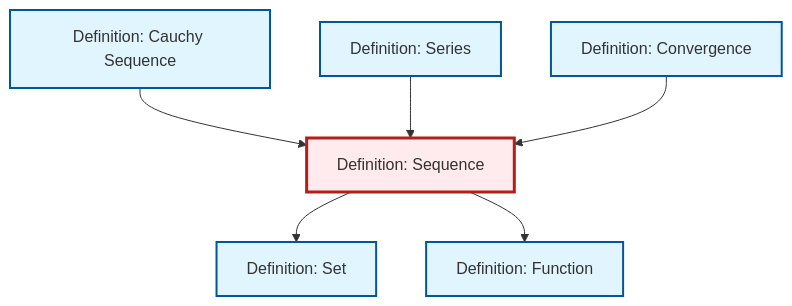
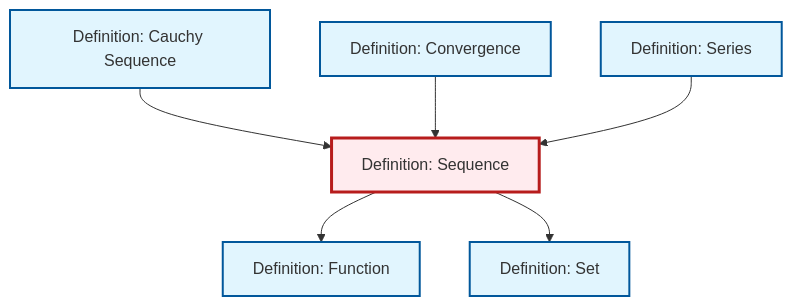
One commit to RK0429/ModernMath changed the diagram in content/ja/analysis/def-sequence.qmd. Above: the diagram before and after it, drawn with Mermaid. The commit also changed other lines of this file and 581 other files, not shown here.

````diff
--- a/content/ja/analysis/def-sequence.qmd
+++ b/content/ja/analysis/def-sequence.qmd
@@ -77,26 +77,26 @@
 ```{mermaid}
 %%| fig-cap: "Local dependency graph"
 graph TD
     classDef definition fill:#e1f5fe,stroke:#01579b,stroke-width:2px
     classDef theorem fill:#f3e5f5,stroke:#4a148c,stroke-width:2px
     classDef axiom fill:#fff3e0,stroke:#e65100,stroke-width:2px
     classDef example fill:#e8f5e9,stroke:#1b5e20,stroke-width:2px
     classDef current fill:#ffebee,stroke:#b71c1c,stroke-width:3px
+    def-function["Definition: Function"]:::definition
+    def-convergence["Definition: Convergence"]:::definition
+    def-series["Definition: Series"]:::definition
+    def-set["Definition: Set"]:::definition
     def-cauchy-sequence["Definition: Cauchy Sequence"]:::definition
     def-sequence["Definition: Sequence"]:::definition
-    def-set["Definition: Set"]:::definition
-    def-series["Definition: Series"]:::definition
-    def-function["Definition: Function"]:::definition
-    def-convergence["Definition: Convergence"]:::definition
     def-cauchy-sequence --> def-sequence
+    def-sequence --> def-function
+    def-convergence --> def-sequence
     def-series --> def-sequence
     def-sequence --> def-set
-    def-sequence --> def-function
-    def-convergence --> def-sequence
     class def-sequence current
-    click def-cauchy-sequence "def-cauchy-sequence.html" "Definition: Cauchy Sequenceへ"
-    click def-set "def-set.html" "Definition: Setへ"
-    click def-series "def-series.html" "Definition: Seriesへ"
     click def-function "def-function.html" "Definition: Functionへ"
     click def-convergence "def-convergence.html" "Definition: Convergenceへ"
+    click def-series "def-series.html" "Definition: Seriesへ"
+    click def-set "def-set.html" "Definition: Setへ"
+    click def-cauchy-sequence "def-cauchy-sequence.html" "Definition: Cauchy Sequenceへ"
 ```
````
